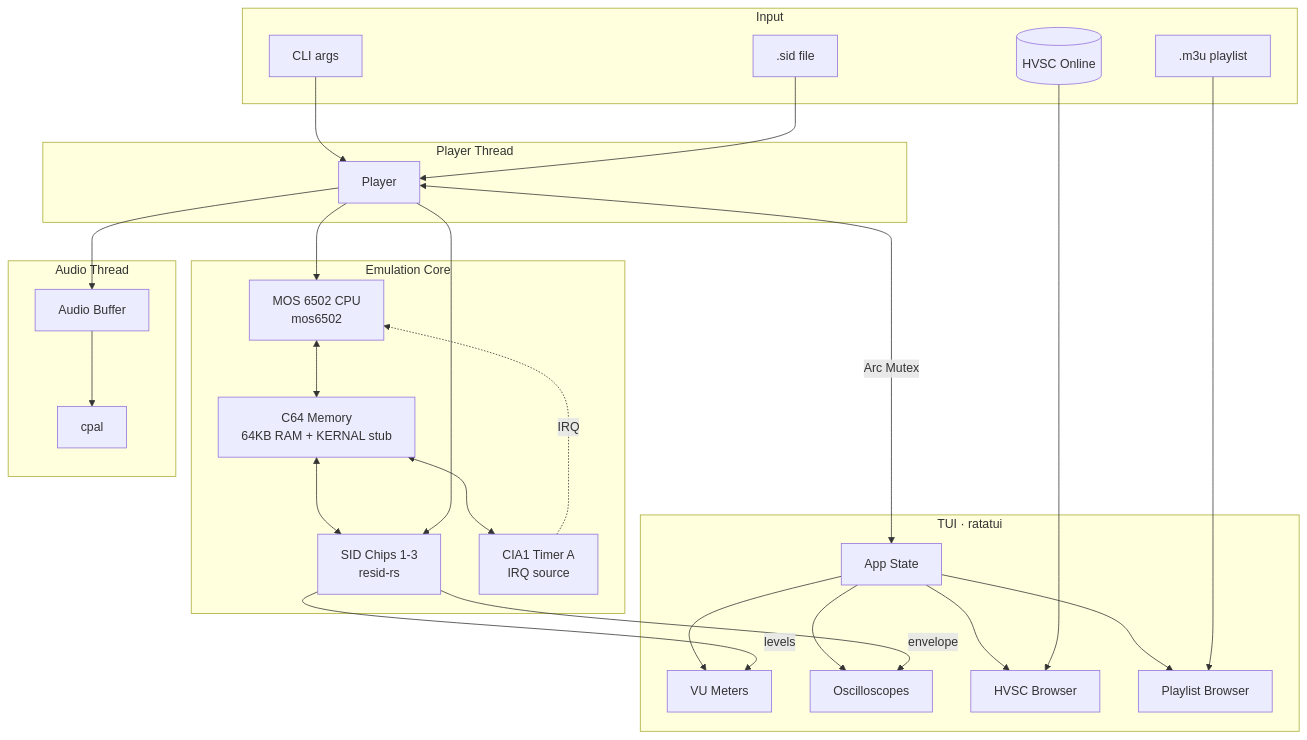
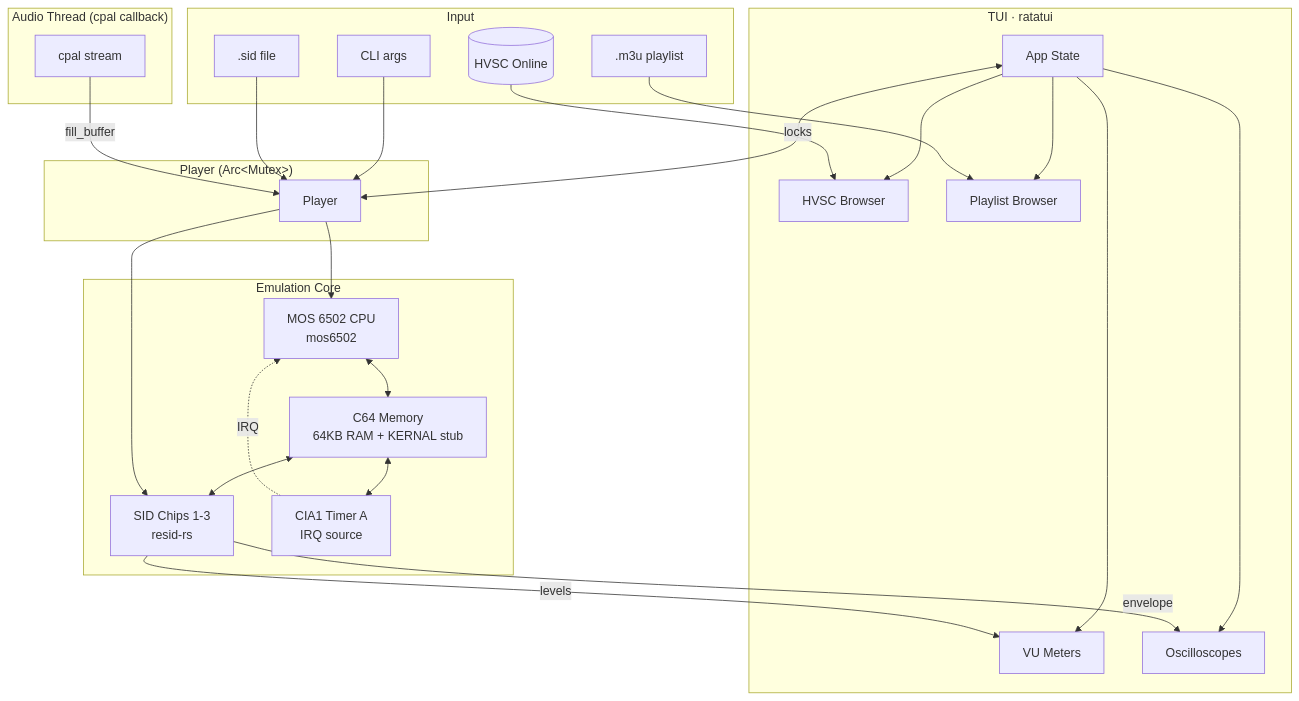
Before and after one commit to mlund/crabsid: the diagram in README.md, drawn with Mermaid.

Commit message:
Fix architecture diagram: Player is Arc<Mutex>, not a thread
The cpal callback runs on its own thread and reaches into the shared
Player via fill_buffer. Replaces the misleading 'Player Thread' /
'BUFFER -> AUDIO' arrows with the actual ownership.

````diff
--- a/README.md
+++ b/README.md
@@ -110,54 +110,52 @@
 ```mermaid
 flowchart TB
     subgraph Input
         CLI[CLI args]
         SID[.sid file]
         M3U[.m3u playlist]
         HVSC[(HVSC Online)]
     end
 
     subgraph Core["Emulation Core"]
         CPU[MOS 6502 CPU<br/>mos6502]
         MEM[C64 Memory<br/>64KB RAM + KERNAL stub]
         SIDCHIP[SID Chips 1-3<br/>resid-rs]
         CIA[CIA1 Timer A<br/>IRQ source]
         CPU <--> MEM
         MEM <--> SIDCHIP
         MEM <--> CIA
         CIA -.IRQ.-> CPU
     end
 
-    subgraph Player["Player Thread"]
+    subgraph Player["Player (Arc&lt;Mutex&gt;)"]
         PLAYER[Player]
         PLAYER --> CPU
         PLAYER --> SIDCHIP
     end
 
-    subgraph Audio["Audio Thread"]
-        AUDIO[cpal]
-        BUFFER[Audio Buffer]
+    subgraph Audio["Audio Thread (cpal callback)"]
+        AUDIO[cpal stream]
     end
 
     subgraph UI["TUI · ratatui"]
         APP[App State]
         VU[VU Meters]
         SCOPE[Oscilloscopes]
         BROWSER[HVSC Browser]
         PLAYLIST[Playlist Browser]
         APP --> VU
         APP --> SCOPE
         APP --> BROWSER
         APP --> PLAYLIST
     end
 
     CLI --> PLAYER
     SID --> PLAYER
     M3U --> PLAYLIST
     HVSC --> BROWSER
 
-    PLAYER <-->|Arc Mutex| APP
-    PLAYER --> BUFFER
-    BUFFER --> AUDIO
+    APP <-->|locks| PLAYER
+    AUDIO -->|fill_buffer| PLAYER
     SIDCHIP -->|envelope| SCOPE
     SIDCHIP -->|levels| VU
 ```
````
